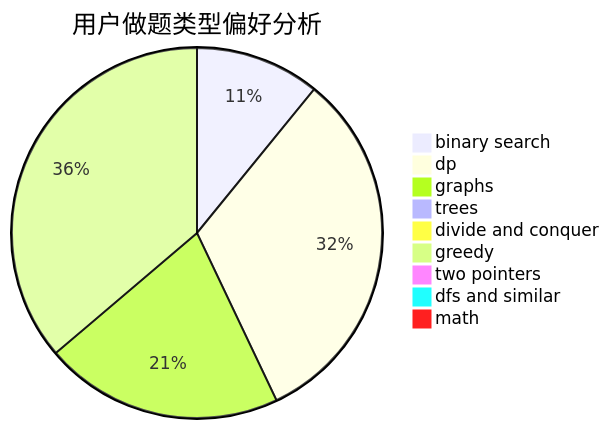
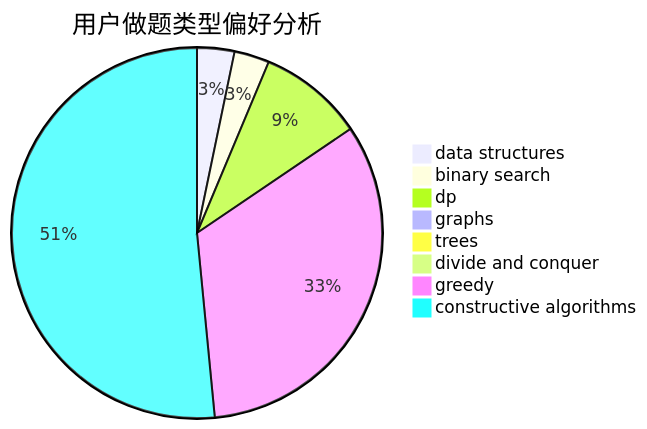
The second of 3 diagrams in docs/user/u2283.md (sherpahu/cfrs.github.io), drawn with Mermaid before and after one commit. The commit also changed other lines of this file and 2775 other files, not shown here.

````diff
--- a/docs/user/u2283.md
+++ b/docs/user/u2283.md
@@ -23,12 +23,11 @@
 ```mermaid
 pie title 用户做题类型偏好分析
-    "binary search" :  131
-    "dp" :  386
-    "graphs" :  251
-    "trees" :  6
+    "data structures" :  17
+    "binary search" :  16
+    "dp" :  48
+    "graphs" :  5
+    "trees" :  0
     "divide and conquer" :  1
-    "greedy" :  436
-    "two pointers" :  7
-    "dfs and similar" :  0
-    "math" :  0
+    "greedy" :  172
+    "constructive algorithms" :  269
 ```
````
